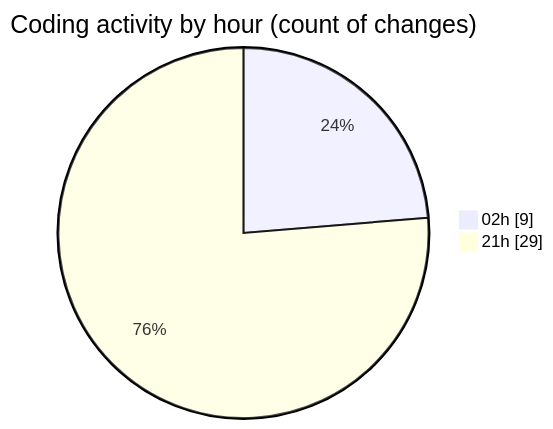
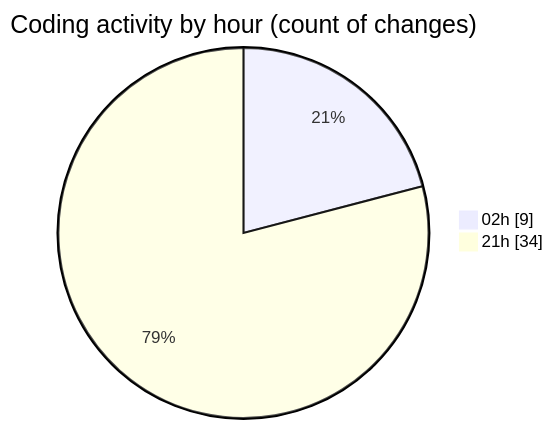
One commit to hasnaa123/code-tracking changed the second of 2 diagrams in 2026-02-22/student_performance_system/README.md. Above: the diagram before and after it, drawn with Mermaid. The commit also changed other lines of this file and 1 other file, not shown here.

````diff
--- a/2026-02-22/student_performance_system/README.md
+++ b/2026-02-22/student_performance_system/README.md
@@ -28,6 +28,6 @@
 ```mermaid
 pie showData
 title Coding activity by hour (count of changes)
 "02h" : 9
-"21h" : 29
+"21h" : 34
 ```
````
